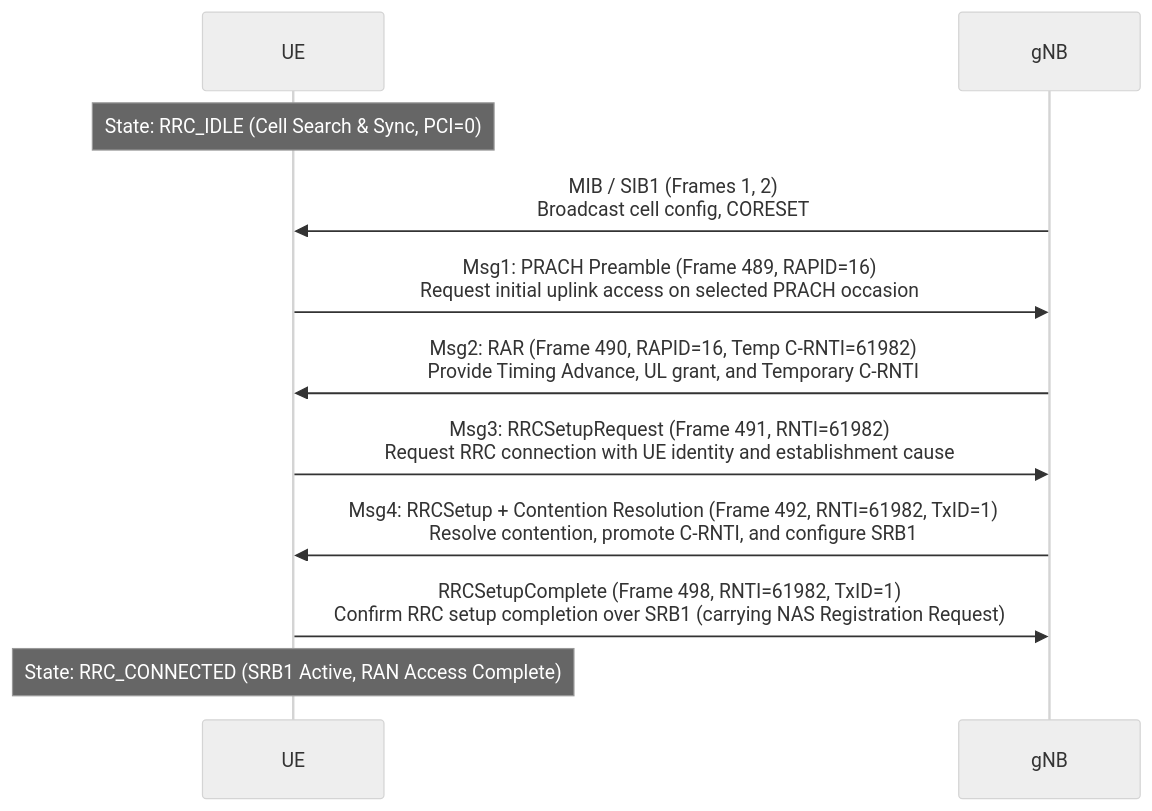
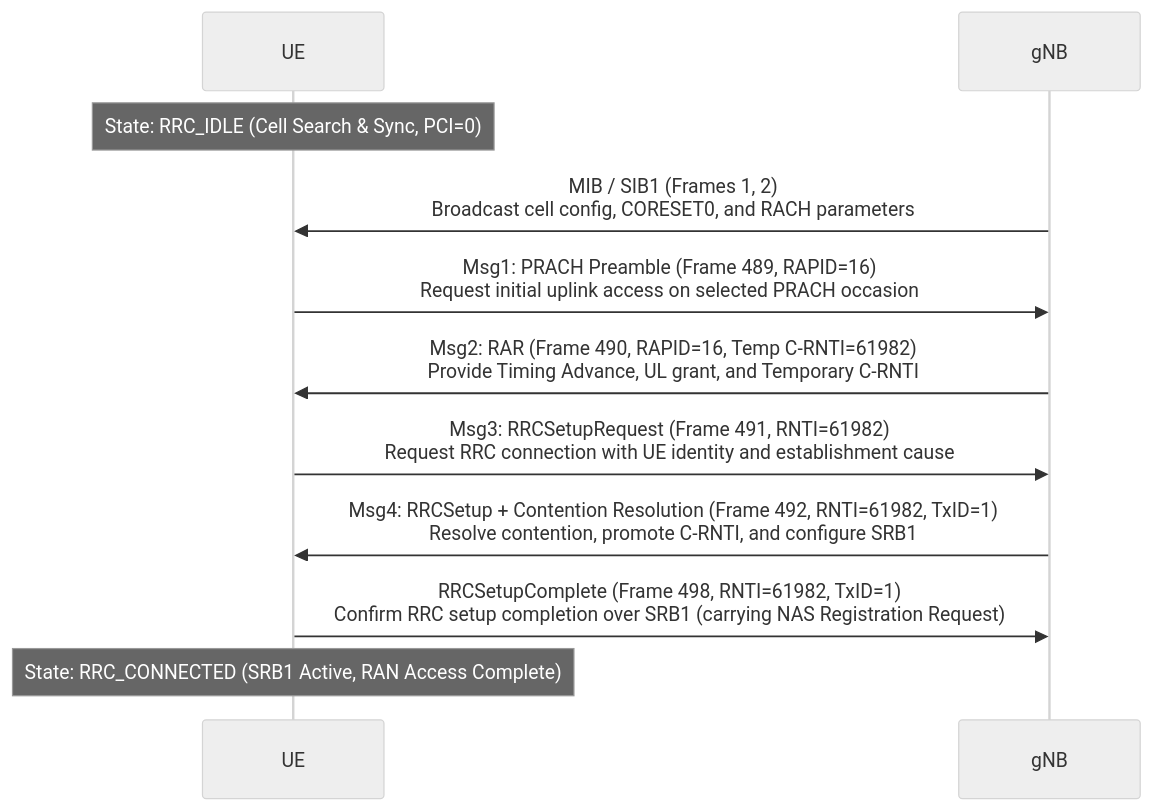
Before and after one commit to Paul-6526/WC-2026-B11202010-Bui-Huu-Phuoc: the diagram in Lab5/report.md, drawn with Mermaid (neutral theme).

Commit message:
Lab5: All task done

````diff
--- a/Lab5/report.md
+++ b/Lab5/report.md
@@ -153,16 +153,16 @@
 ```mermaid
 sequenceDiagram
     participant UE
     participant gNB
 
     Note over UE: State: RRC_IDLE (Cell Search & Sync, PCI=0)
 
-    gNB->>UE: MIB / SIB1 (Frames 1, 2)<br/>Broadcast cell config, CORESET#0, and RACH parameters
+    gNB->>UE: MIB / SIB1 (Frames 1, 2)<br/>Broadcast cell config, CORESET0, and RACH parameters
     UE->>gNB: Msg1: PRACH Preamble (Frame 489, RAPID=16)<br/>Request initial uplink access on selected PRACH occasion
     gNB->>UE: Msg2: RAR (Frame 490, RAPID=16, Temp C-RNTI=61982)<br/>Provide Timing Advance, UL grant, and Temporary C-RNTI
     UE->>gNB: Msg3: RRCSetupRequest (Frame 491, RNTI=61982)<br/>Request RRC connection with UE identity and establishment cause
     gNB->>UE: Msg4: RRCSetup + Contention Resolution (Frame 492, RNTI=61982, TxID=1)<br/>Resolve contention, promote C-RNTI, and configure SRB1
     UE->>gNB: RRCSetupComplete (Frame 498, RNTI=61982, TxID=1)<br/>Confirm RRC setup completion over SRB1 (carrying NAS Registration Request)
 
     Note over UE: State: RRC_CONNECTED (SRB1 Active, RAN Access Complete)
 ```
````
